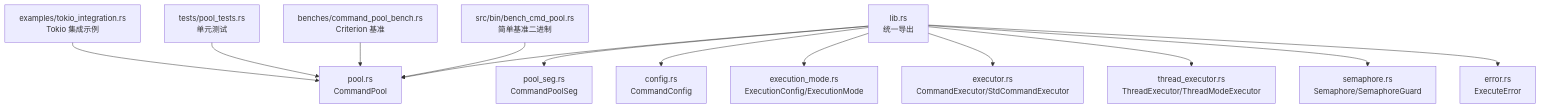
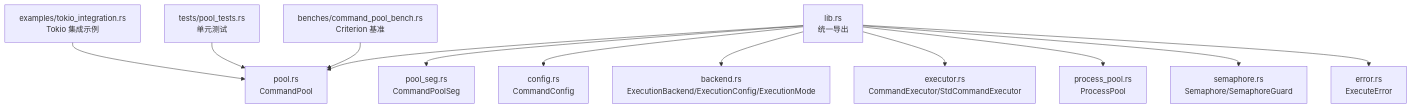
Before and after one commit to xcry2006/execute: the first of 10 diagrams in .qoder/repowiki/zh/content/核心 API 参考/核心 API 参考.md, drawn with Mermaid. The commit also changed other lines of this file and 9 other files, not shown here.

````diff
--- a/.qoder/repowiki/zh/content/核心 API 参考/核心 API 参考.md
+++ b/.qoder/repowiki/zh/content/核心 API 参考/核心 API 参考.md
@@ -48,15 +49,14 @@
 ```mermaid
 graph TB
 A["lib.rs<br/>统一导出"] --> B["pool.rs<br/>CommandPool"]
 A --> C["pool_seg.rs<br/>CommandPoolSeg"]
 A --> D["config.rs<br/>CommandConfig"]
-A --> E["execution_mode.rs<br/>ExecutionConfig/ExecutionMode"]
+A --> E["backend.rs<br/>ExecutionBackend/ExecutionConfig/ExecutionMode"]
 A --> F["executor.rs<br/>CommandExecutor/StdCommandExecutor"]
-A --> G["thread_executor.rs<br/>ThreadExecutor/ThreadModeExecutor"]
+A --> G["process_pool.rs<br/>ProcessPool"]
 A --> H["semaphore.rs<br/>Semaphore/SemaphoreGuard"]
 A --> I["error.rs<br/>ExecuteError"]
 J["examples/tokio_integration.rs<br/>Tokio 集成示例"] --> B
 K["tests/pool_tests.rs<br/>单元测试"] --> B
 L["benches/command_pool_bench.rs<br/>Criterion 基准"] --> B
-M["src/bin/bench_cmd_pool.rs<br/>简单基准二进制"] --> B
 ```
````
